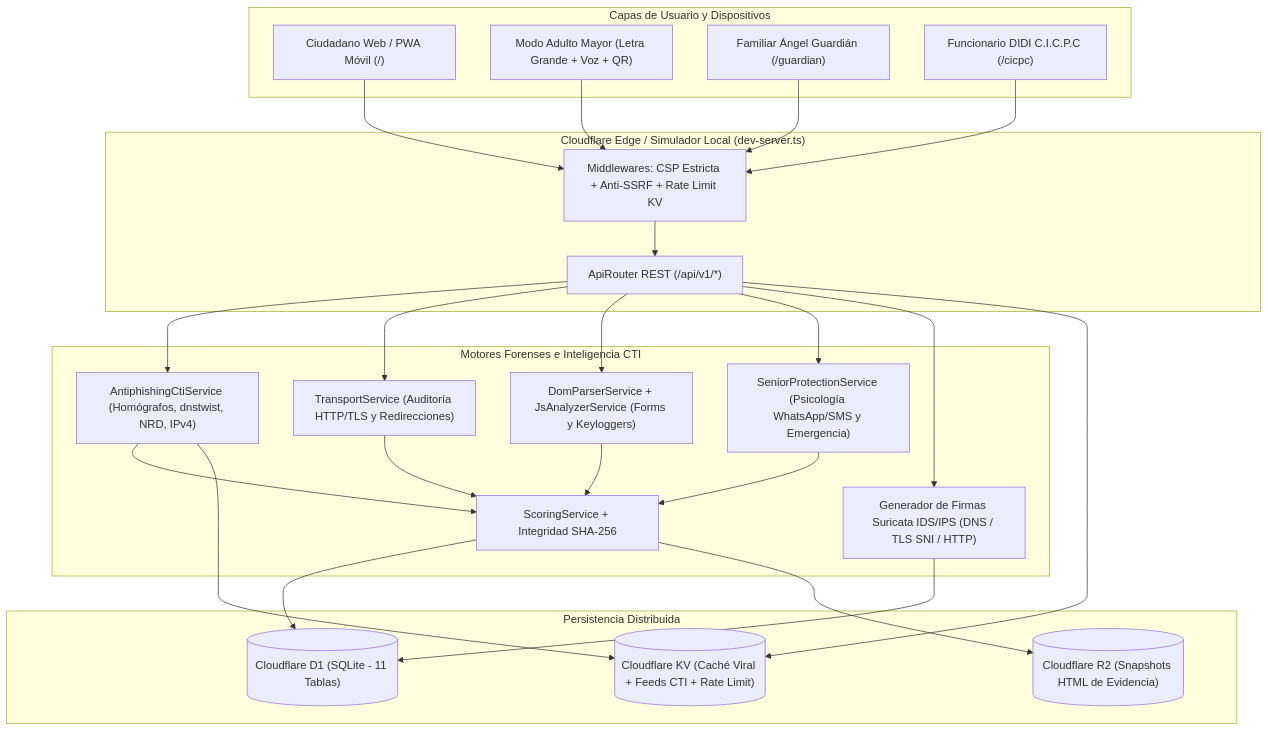
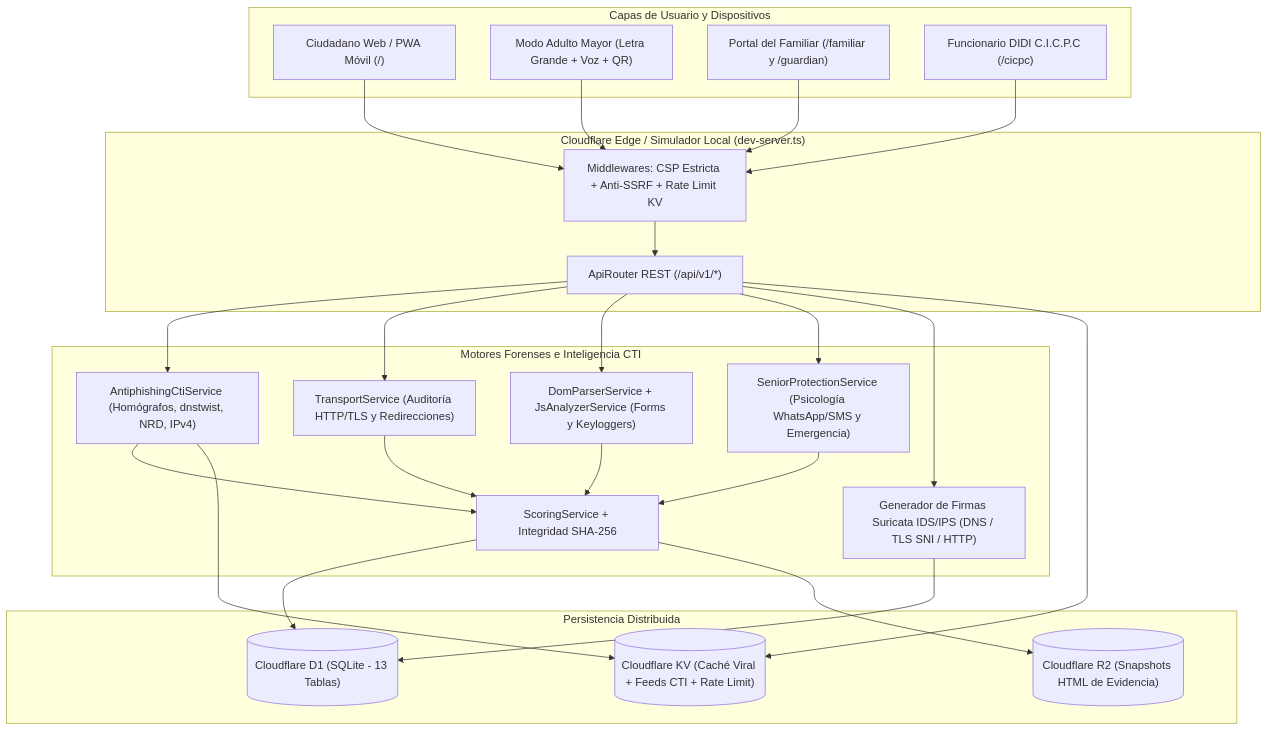
The diagram in README.md (gointeraction/AntiPhishing360), drawn with Mermaid before and after one commit. The commit also changed other lines of this file and 13 other files, not shown here.

Commit message:
feat(familiar): portal dedicado de monitoreo y novedades para el familiar del adulto mayor (/familiar)

````diff
--- a/README.md
+++ b/README.md
@@ -40,37 +40,37 @@
 ```mermaid
 flowchart TD
     subgraph Clientes["Capas de Usuario y Dispositivos"]
         C1["Ciudadano Web / PWA Móvil (/)"]
         C2["Modo Adulto Mayor (Letra Grande + Voz + QR)"]
-        C3["Familiar Ángel Guardián (/guardian)"]
+        C3["Portal del Familiar (/familiar y /guardian)"]
         C4["Funcionario DIDI C.I.C.P.C (/cicpc)"]
     end
 
     subgraph Edge["Cloudflare Edge / Simulador Local (dev-server.ts)"]
         SEC["Middlewares: CSP Estricta + Anti-SSRF + Rate Limit KV"]
         RTR["ApiRouter REST (/api/v1/*)"]
     end
 
     subgraph Motores["Motores Forenses e Inteligencia CTI"]
         CTI["AntiphishingCtiService (Homógrafos, dnstwist, NRD, IPv4)"]
         TRN["TransportService (Auditoría HTTP/TLS y Redirecciones)"]
         DOM["DomParserService + JsAnalyzerService (Forms y Keyloggers)"]
         SNR["SeniorProtectionService (Psicología WhatsApp/SMS y Emergencia)"]
         SCR["ScoringService + Integridad SHA-256"]
         SUR["Generador de Firmas Suricata IDS/IPS (DNS / TLS SNI / HTTP)"]
     end
 
     subgraph Datos["Persistencia Distribuida"]
-        D1[("Cloudflare D1 (SQLite - 11 Tablas)")]
+        D1[("Cloudflare D1 (SQLite - 13 Tablas)")]
         KV[("Cloudflare KV (Caché Viral + Feeds CTI + Rate Limit)")]
         R2[("Cloudflare R2 (Snapshots HTML de Evidencia)")]
     end
 
     C1 & C2 & C3 & C4 --> SEC --> RTR
     RTR --> CTI & TRN & DOM & SNR
     CTI & TRN & DOM & SNR --> SCR
     RTR --> SUR
     SCR & SUR --> D1
     CTI & RTR --> KV
     SCR --> R2
 ```
````
